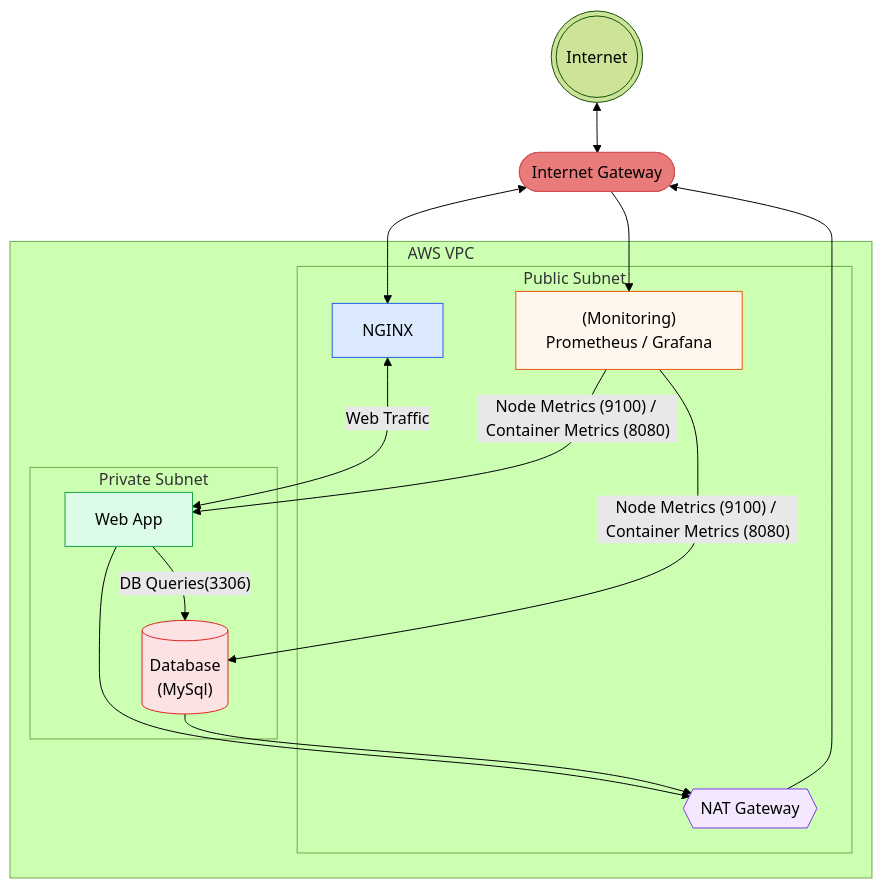
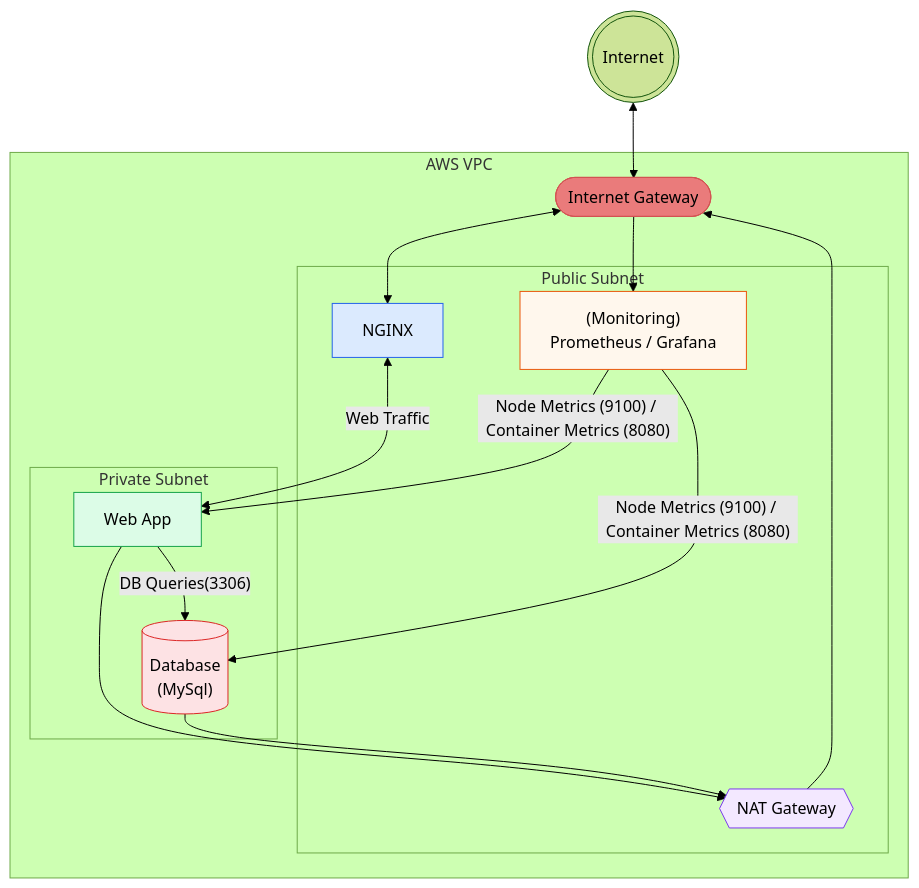
The diagram in README.md (Jazzar101/learning-terraform-3087701), drawn with Mermaid (forest theme) before and after one commit.

Commit message:
Changed diagram shapes

````diff
--- a/README.md
+++ b/README.md
@@ -6,45 +6,45 @@
 ```mermaid
 flowchart TB
     Internet(((Internet)))
-    IGW([Internet Gateway])
     subgraph VPC[AWS VPC]
+        IGW([Internet Gateway])
         subgraph PublicSubnet[Public Subnet]
             NGINX[NGINX]
             Monitoring["(Monitoring)\nPrometheus / Grafana"]
             NAT{{NAT Gateway}}
         end
 
         subgraph PrivateSubnet[Private Subnet]
             App[Web App]
             DB[("Database\n(MySql)")]
         end
     end
 
     Internet <--> IGW
     IGW <--> NGINX
     NGINX <-->|Web Traffic| App
     App -->|"DB Queries(3306)"| DB
     IGW --> Monitoring
 
     Monitoring -->|"Node Metrics (9100) / Container Metrics (8080)"| App
     Monitoring -->|"Node Metrics (9100) / Container Metrics (8080)"| DB
 
     App --> NAT
     DB --> NAT
     NAT --> IGW
 
     %% Node-only styling (GitHub safe)
     classDef ingress fill:#dbeafe,stroke:#2563eb,color:#000000
     classDef monitoring fill:#fff7ed,stroke:#ea580c,color:#000000
     classDef nat fill:#f3e8ff,stroke:#7c3aed,color:#000000
     classDef app fill:#dcfce7,stroke:#16a34a,color:#000000
     classDef db fill:#fde2e4,stroke:#dc2626,color:#000000
     classDef igw fill:#EA7B7B,stroke:#D25353,color:#00000
 
     class NGINX ingress
     class Monitoring monitoring
     class NAT nat
     class App app
     class DB db
     class IGW igw
 ```
````
